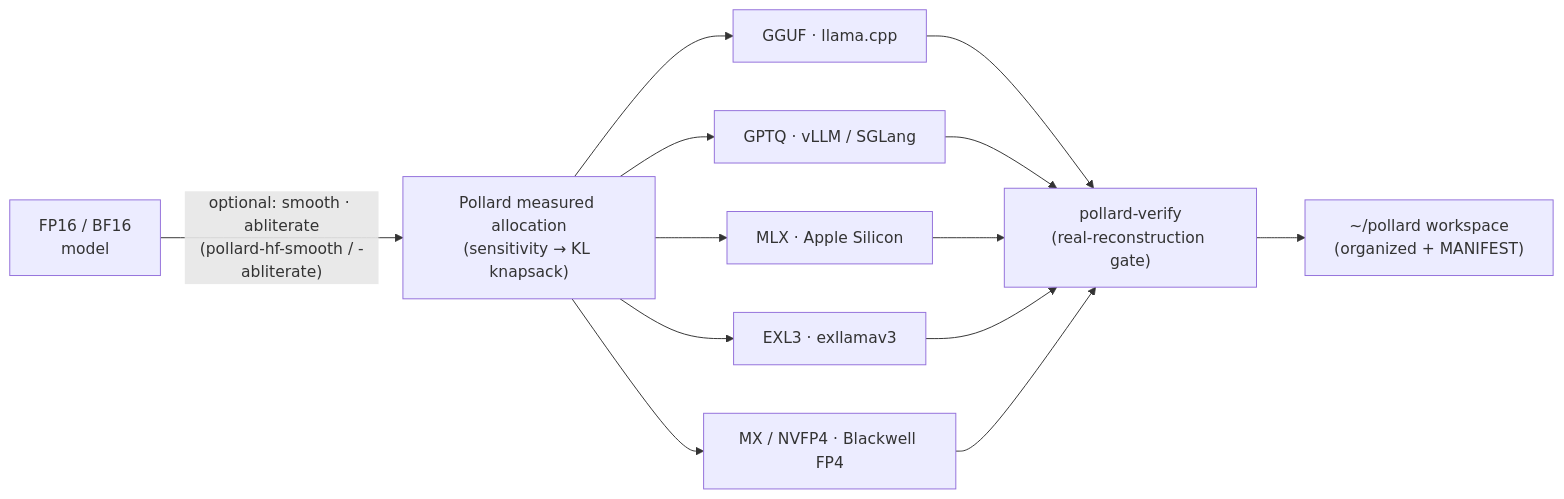
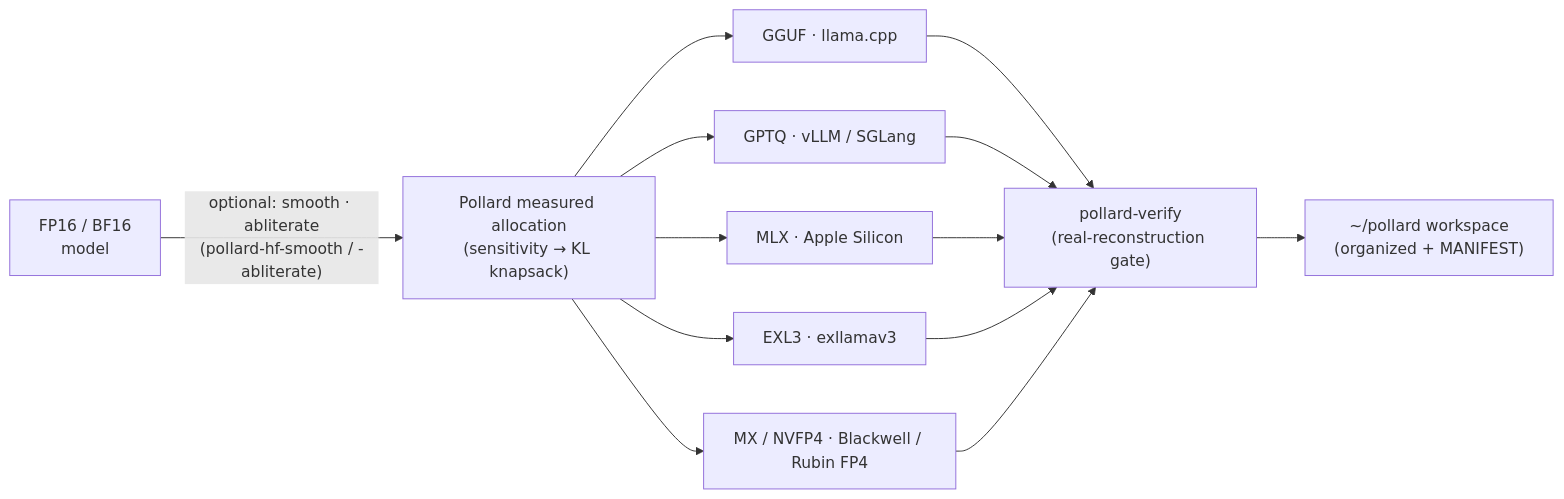
Before and after one commit to WestWaters/pollard-weights: the diagram in README.md, drawn with Mermaid. The commit also changed other lines of this file and 1 other file, not shown here.

First line of the commit message:
docs: name Vera Rubin on the MX lane, runtime arch check in the README

````diff
--- a/README.md
+++ b/README.md
@@ -40,15 +40,15 @@
 ```mermaid
 flowchart LR
     HF["FP16 / BF16<br/>model"] -->|"optional: smooth · abliterate<br/>(pollard-hf-smooth / -abliterate)"| ALLOC
     ALLOC["Pollard measured allocation<br/>(sensitivity → KL knapsack)"] --> GGUF["GGUF · llama.cpp"]
     ALLOC --> GPTQ["GPTQ · vLLM / SGLang"]
     ALLOC --> MLX["MLX · Apple Silicon"]
     ALLOC --> EXL3["EXL3 · exllamav3"]
-    ALLOC --> MX["MX / NVFP4 · Blackwell FP4"]
+    ALLOC --> MX["MX / NVFP4 · Blackwell / Rubin FP4"]
     GGUF --> V["pollard-verify<br/>(real-reconstruction gate)"]
     GPTQ --> V
     MLX --> V
     EXL3 --> V
     MX --> V
     V --> WS["~/pollard workspace<br/>(organized + MANIFEST)"]
 ```
````
